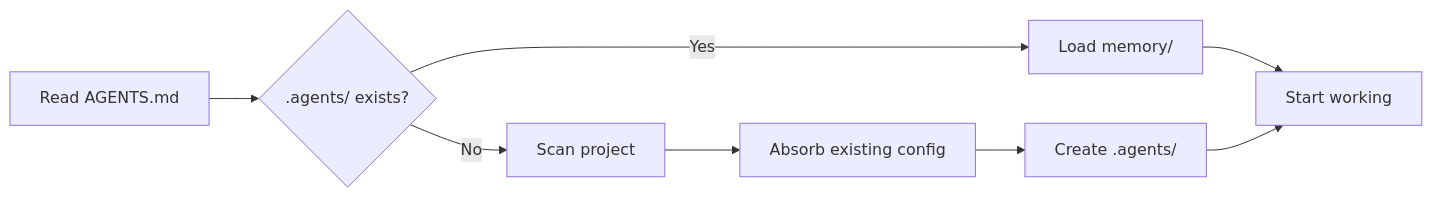
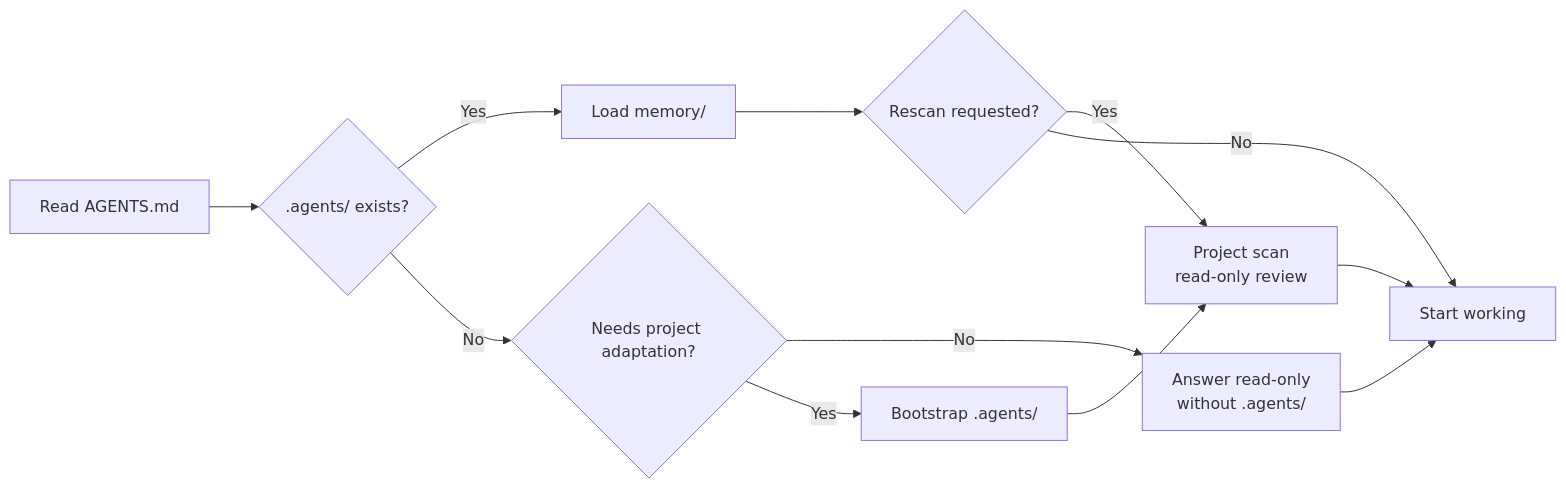
One commit to yeasy/AgentGo changed the first of 2 diagrams in README.md. Above: the diagram before and after it, drawn with Mermaid. The commit also changed other lines of this file and 4 other files, not shown here.

````diff
--- a/README.md
+++ b/README.md
@@ -88,10 +104,14 @@
 ```mermaid
 flowchart LR
     A["Read AGENTS.md"] --> B{".agents/ exists?"}
     B -->|Yes| C["Load memory/"]
-    B -->|No| D["Scan project"]
-    D --> E["Absorb existing config"]
-    E --> F["Create .agents/"]
-    C --> G["Start working"]
-    F --> G
+    B -->|No| H{"Needs project adaptation?"}
+    H -->|No| R["Answer read-only\nwithout .agents/"]
+    H -->|Yes| D["Bootstrap .agents/"]
+    D --> E["Project scan\nread-only review"]
+    C --> F{"Rescan requested?"}
+    F -->|Yes| E
+    F -->|No| G["Start working"]
+    R --> G
+    E --> G
 ```
````
